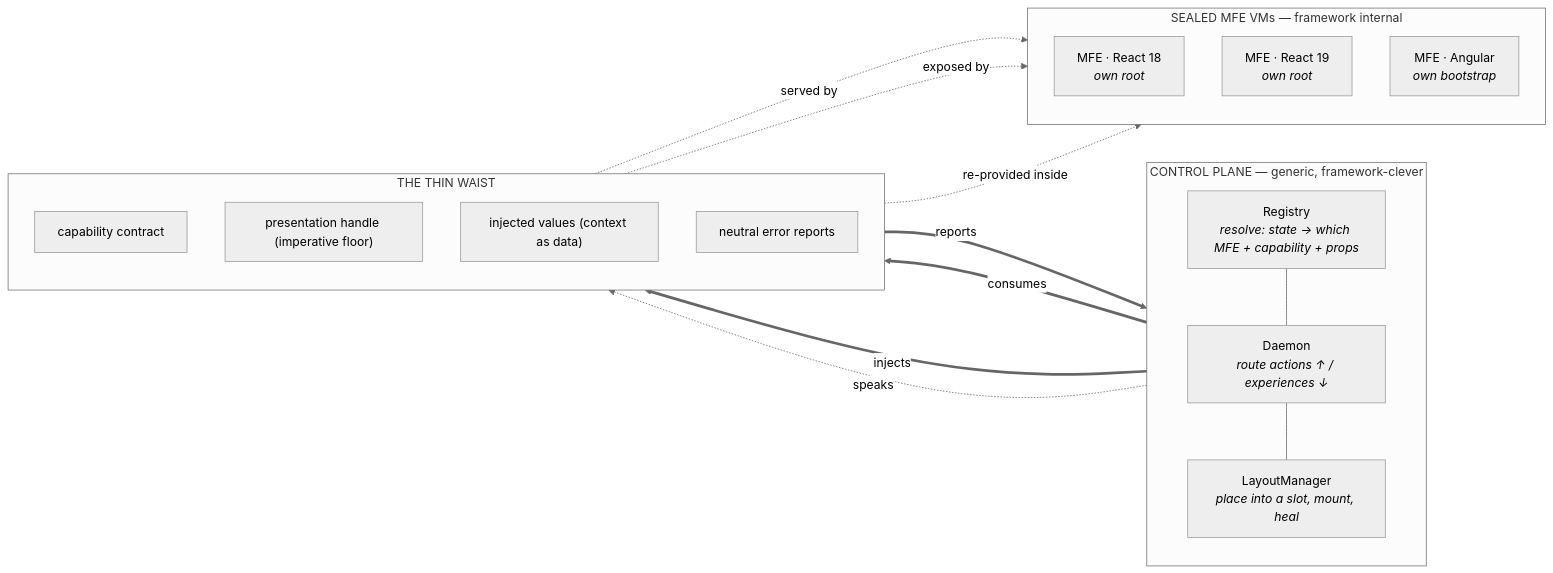
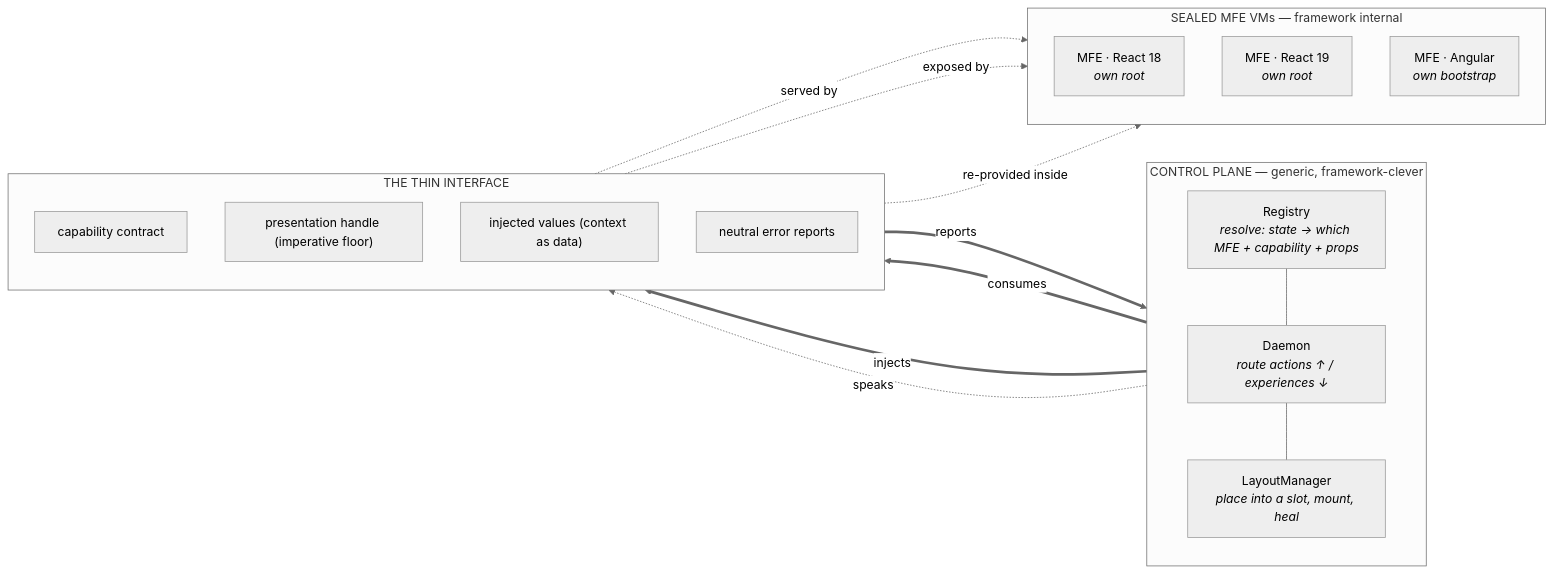
One commit to falese/seans-mfe-tool changed the second of 4 diagrams in docs/architecture-composition-primer.md. Above: the diagram before and after it, drawn with Mermaid (neutral theme). The commit also changed other lines of this file and 15 other files, not shown here.

First line of the commit message:
docs: call the presentation boundary an interface, not a thin waist

````diff
--- a/docs/architecture-composition-primer.md
+++ b/docs/architecture-composition-primer.md
@@ -55,33 +55,33 @@
 ```mermaid
 flowchart LR
     subgraph HOST["CONTROL PLANE — generic, framework-clever"]
       direction TB
       REG["Registry<br/><i>resolve: state → which MFE + capability + props</i>"]
       DAEMON["Daemon<br/><i>route actions ↑ / experiences ↓</i>"]
       LM["LayoutManager<br/><i>place into a slot, mount, heal</i>"]
       REG --- DAEMON --- LM
     end
 
-    subgraph WAIST["THE THIN WAIST"]
+    subgraph INTERFACE["THE THIN INTERFACE"]
       direction TB
       W1["capability contract"]
       W2["presentation handle (imperative floor)"]
       W3["injected values (context as data)"]
       W4["neutral error reports"]
     end
 
     subgraph PODS["SEALED MFE VMs — framework internal"]
       direction TB
       M1["MFE · React 18<br/><i>own root</i>"]
       M2["MFE · React 19<br/><i>own root</i>"]
       M3["MFE · Angular<br/><i>own bootstrap</i>"]
     end
 
     LM == "consumes" ==> W2
     LM == "injects" ==> W3
     W4 == "reports" ==> LM
     DAEMON -. "speaks" .-> W1
     W1 -. "served by" .-> PODS
     W2 -. "exposed by" .-> PODS
     W3 -. "re-provided inside" .-> PODS
 ```
````
